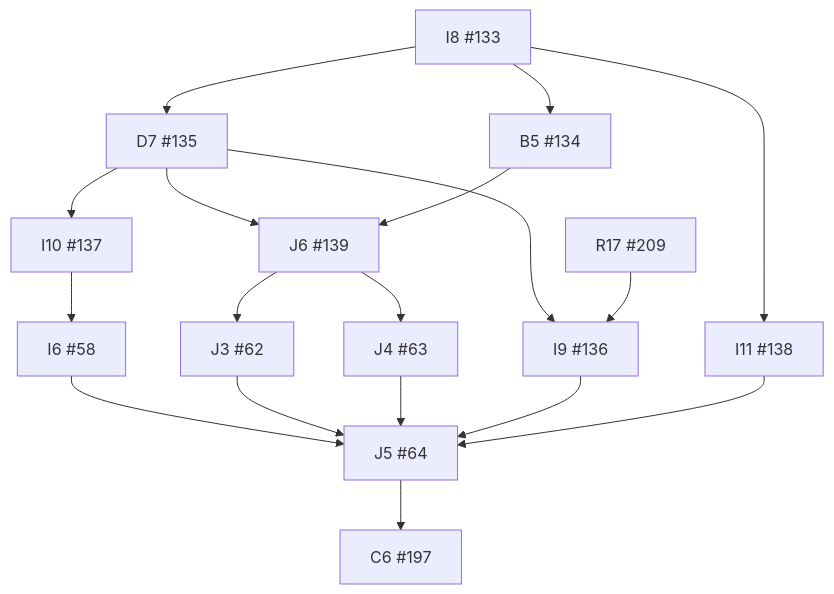
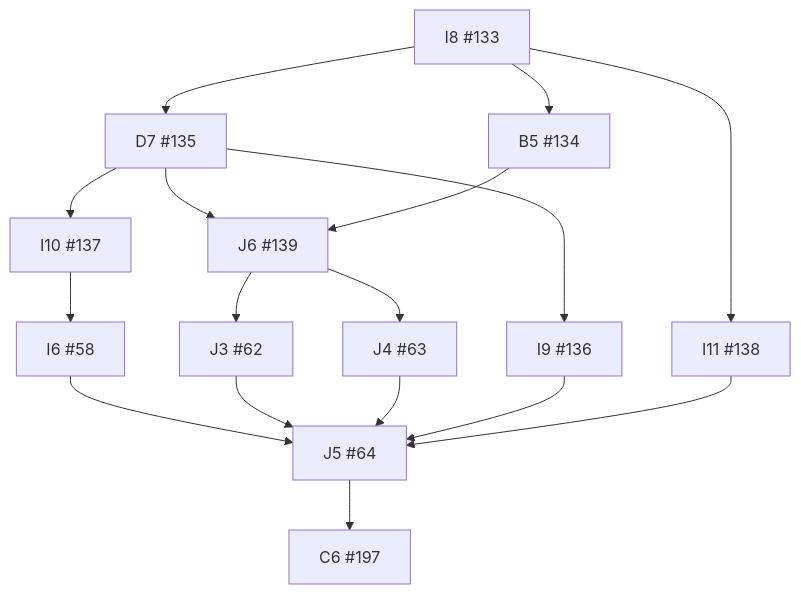
The diagram in docs/implementation/dependency-graph.md (wojtekpiskorz/kiero), drawn with Mermaid before and after one commit. The commit also changed other lines of this file and 6 other files, not shown here.

````diff
--- a/docs/implementation/dependency-graph.md
+++ b/docs/implementation/dependency-graph.md
@@ -9,33 +9,31 @@
 ```mermaid
 flowchart TD
   I6["I6 #58"]
   J3["J3 #62"]
   J4["J4 #63"]
   J5["J5 #64"]
   I8["I8 #133"]
   B5["B5 #134"]
   D7["D7 #135"]
   I9["I9 #136"]
   I10["I10 #137"]
   I11["I11 #138"]
   J6["J6 #139"]
   C6["C6 #197"]
-  R17["R17 #209"]
   I10 --> I6
   J6 --> J3
   J6 --> J4
   I6 --> J5
   J3 --> J5
   J4 --> J5
   I9 --> J5
   I11 --> J5
   I8 --> B5
   I8 --> D7
   D7 --> I9
-  R17 --> I9
   D7 --> I10
   I8 --> I11
   D7 --> J6
   B5 --> J6
   J5 --> C6
 ```
````
